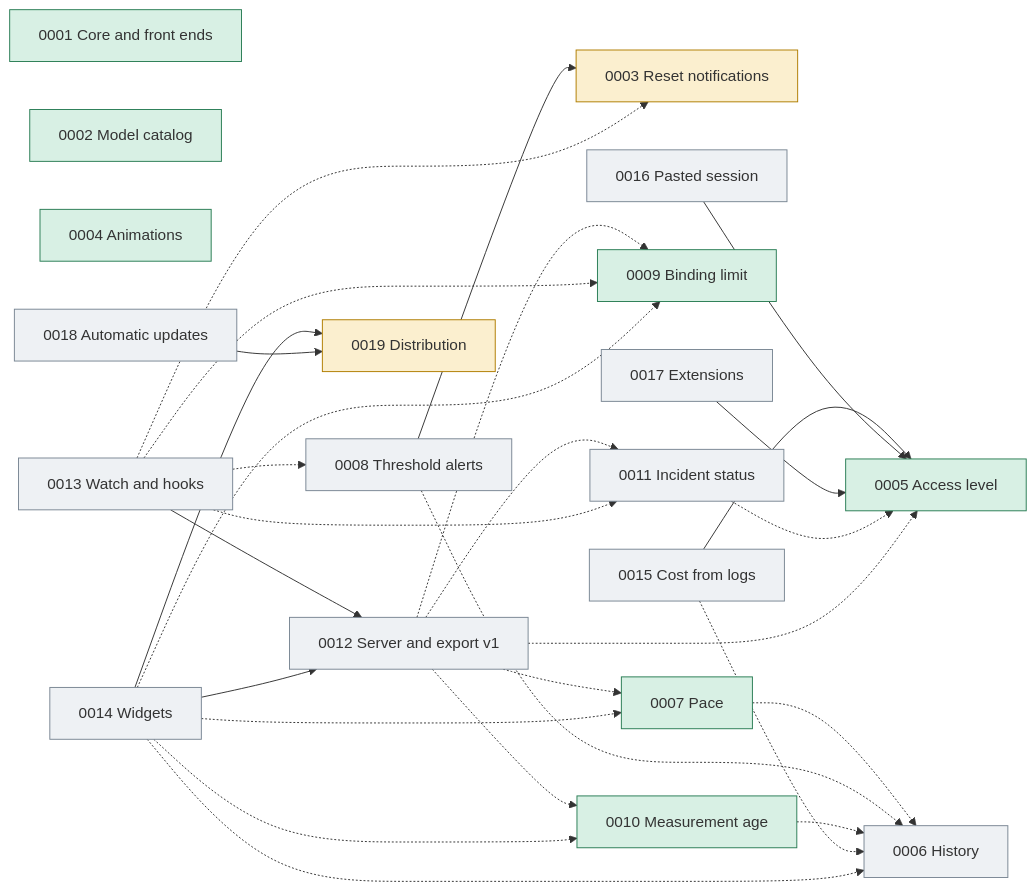
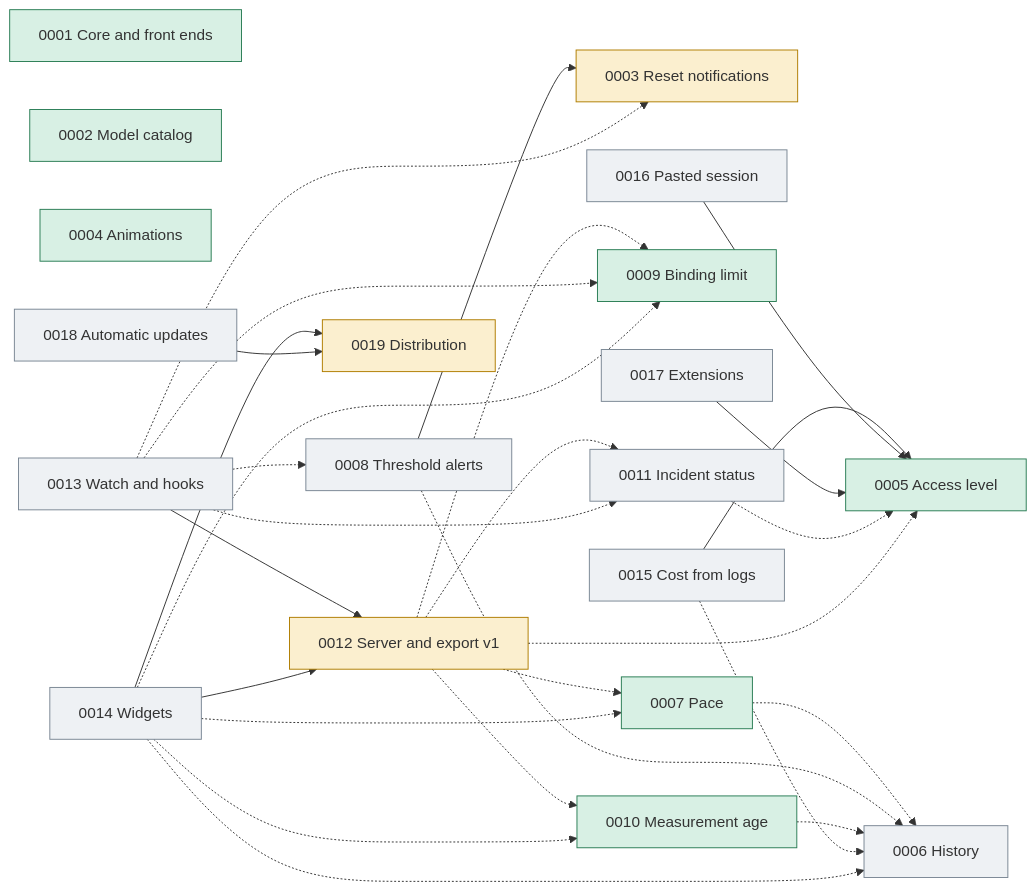
Before and after one commit to jmarcon/cuotai: the diagram in docs/plans/0000_control.md, drawn with Mermaid. The commit also changed other lines of this file and 18 other files, not shown here.

````diff
--- a/docs/plans/0000_control.md
+++ b/docs/plans/0000_control.md
@@ -88,54 +89,54 @@
 ```mermaid
 graph LR
   classDef done fill:#d8f0e4,stroke:#2a7d55
   classDef wip fill:#fbefcf,stroke:#b07d00
   classDef todo fill:#eef1f4,stroke:#7a8794
 
   P1["0001 Core and front ends"]:::done
   P2["0002 Model catalog"]:::done
   P3["0003 Reset notifications"]:::wip
   P4["0004 Animations"]:::done
   P5["0005 Access level"]:::done
   P6["0006 History"]:::todo
   P7["0007 Pace"]:::done
   P8["0008 Threshold alerts"]:::todo
   P9["0009 Binding limit"]:::done
   P10["0010 Measurement age"]:::done
   P11["0011 Incident status"]:::todo
-  P12["0012 Server and export v1"]:::todo
+  P12["0012 Server and export v1"]:::wip
   P13["0013 Watch and hooks"]:::todo
   P14["0014 Widgets"]:::todo
   P15["0015 Cost from logs"]:::todo
   P16["0016 Pasted session"]:::todo
   P17["0017 Extensions"]:::todo
   P18["0018 Automatic updates"]:::todo
   P19["0019 Distribution"]:::wip
 
   P8 --> P3
   P13 --> P12
   P14 --> P12
   P14 --> P19
   P15 --> P5
   P16 --> P5
   P17 --> P5
   P18 --> P19
 
   P7 -.-> P6
   P8 -.-> P6
   P10 -.-> P6
   P11 -.-> P5
   P15 -.-> P6
   P12 -.-> P5
   P12 -.-> P7
   P12 -.-> P9
   P12 -.-> P10
   P12 -.-> P11
   P13 -.-> P3
   P13 -.-> P8
   P13 -.-> P9
   P13 -.-> P11
   P14 -.-> P6
   P14 -.-> P7
   P14 -.-> P9
   P14 -.-> P10
 ```
````
